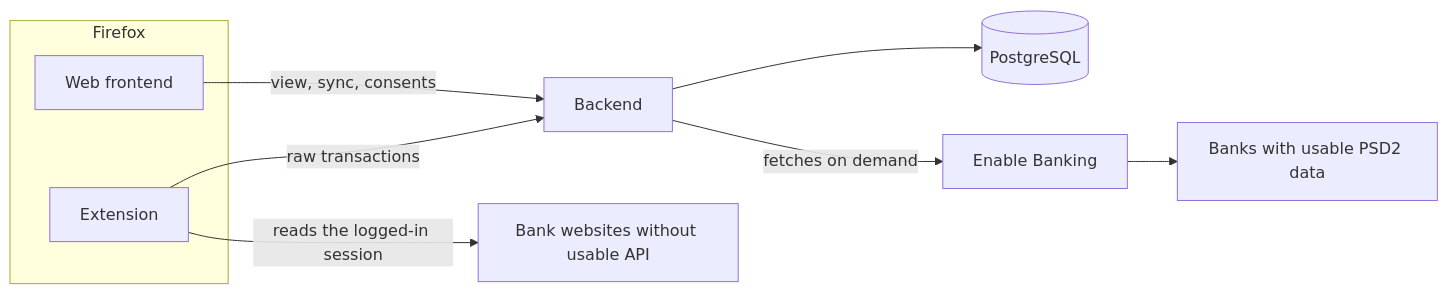
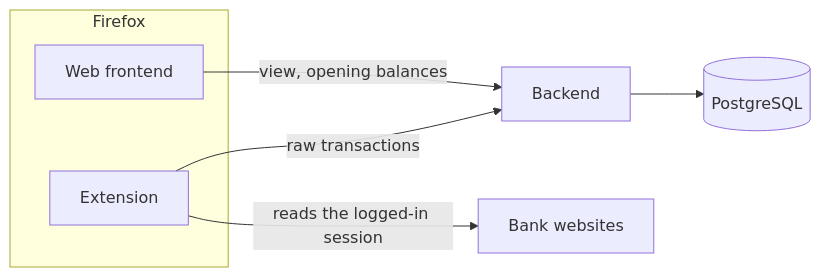
Before and after one commit to lennartmoeller/finance-tracker: the first of 5 diagrams in docs/architecture.md, drawn with Mermaid. The commit also changed other lines of this file and 6 other files, not shown here.

````diff
--- a/docs/architecture.md
+++ b/docs/architecture.md
@@ -5,18 +5,14 @@
 ```mermaid
 flowchart LR
   subgraph firefox["Firefox"]
     frontend["Web frontend"]
     extension["Extension"]
   end
   backend["Backend"]
   postgres[("PostgreSQL")]
-  eb["Enable Banking"]
-  apibanks["Banks with usable PSD2 data"]
-  websites["Bank websites without usable API"]
-  frontend -- "view, sync, consents" --> backend
+  websites["Bank websites"]
+  frontend -- "view, opening balances" --> backend
   extension -- "raw transactions" --> backend
   extension -- "reads the logged-in session" --> websites
   backend --> postgres
-  backend -- "fetches on demand" --> eb
-  eb --> apibanks
 ```
````
